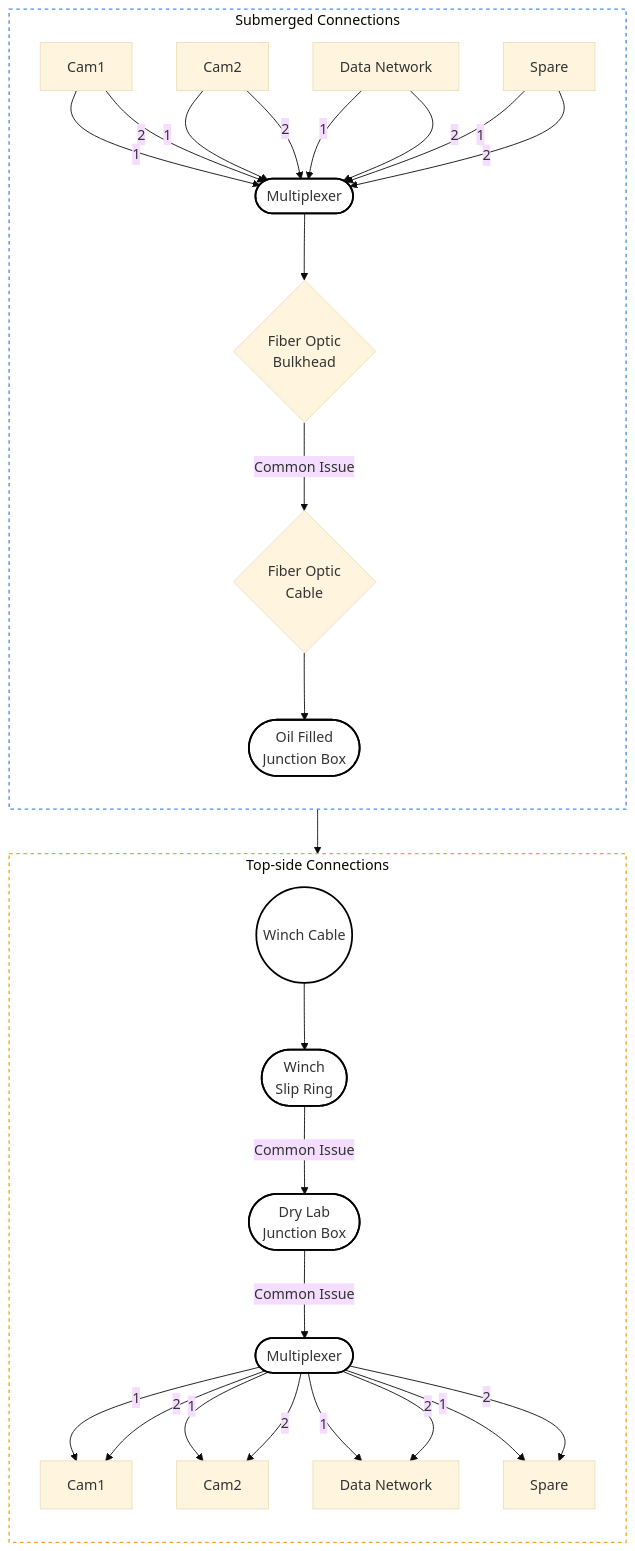
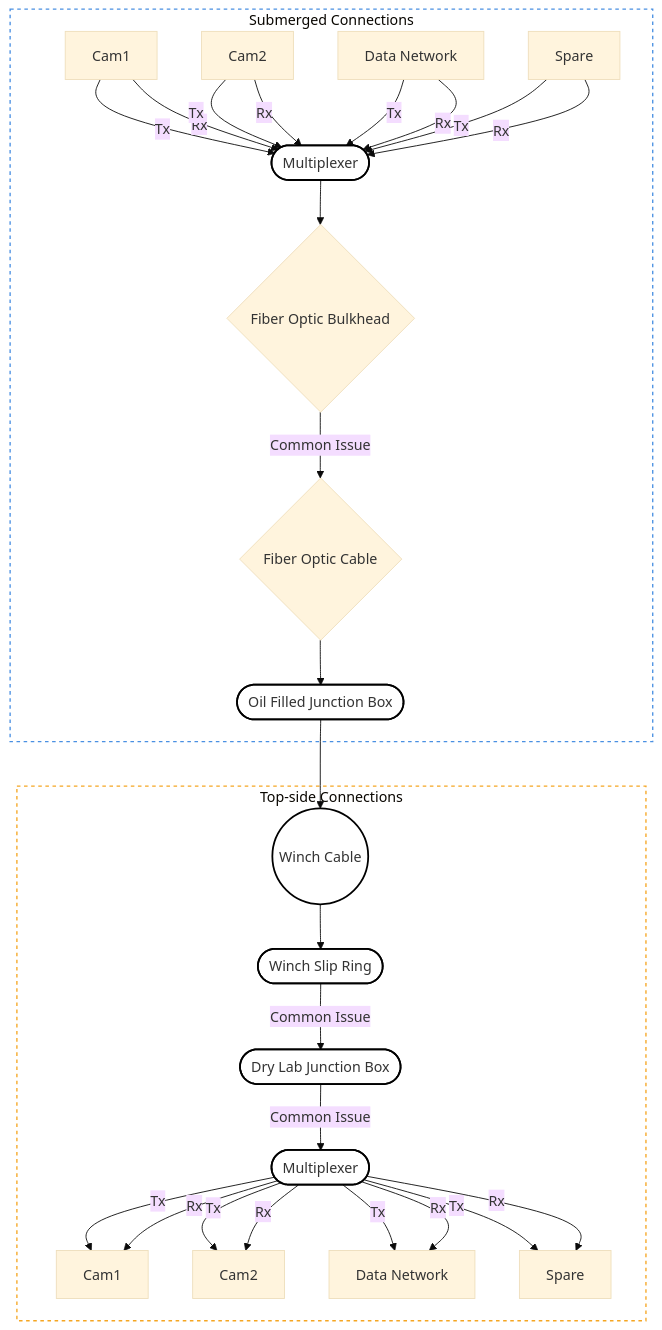
One commit to ncalabrese1/HabCam_SOP changed the diagram in Maitenance/06-troubleshooting.qmd. Above: the diagram before and after it, drawn with Mermaid (base theme). The commit also changed other lines of this file, not shown here.

````diff
--- a/Maitenance/06-troubleshooting.qmd
+++ b/Maitenance/06-troubleshooting.qmd
@@ -13,69 +13,65 @@
 ```{mermaid}
 graph TD
     subgraph Submerged["Submerged Connections"]
-        direction TD
-        
         Cam1_Sub["Cam1"]
         Cam2_Sub["Cam2"]
         Data_Sub["Data Network"]
         Spare_Sub["Spare"]
 
         Mux_Sub(["Multiplexer"])
 
-        Cam1_Sub -->|1| Mux_Sub
-        Cam1_Sub -->|2| Mux_Sub
-        Cam2_Sub -->|1| Mux_Sub
-        Cam2_Sub -->|2| Mux_Sub
-        Data_Sub -->|1| Mux_Sub
-        Data_Sub -->|2| Mux_Sub
-        Spare_Sub -->|1| Mux_Sub
-        Spare_Sub -->|2| Mux_Sub
+        Cam1_Sub -->|Tx| Mux_Sub
+        Cam1_Sub -->|Rx| Mux_Sub
+        Cam2_Sub -->|Tx| Mux_Sub
+        Cam2_Sub -->|Rx| Mux_Sub
+        Data_Sub -->|Tx| Mux_Sub
+        Data_Sub -->|Rx| Mux_Sub
+        Spare_Sub -->|Tx| Mux_Sub
+        Spare_Sub -->|Rx| Mux_Sub
 
-        Bulkhead{"Fiber Optic<br/>Bulkhead"}
-        FOCable{"Fiber Optic<br/>Cable"}
-        OFJBox(["Oil Filled<br/>Junction Box"])
+        Bulkhead{"Fiber Optic Bulkhead"}
+        FOCable{"Fiber Optic Cable"}
+        OFJBox(["Oil Filled Junction Box"])
 
         Mux_Sub --> Bulkhead
-        Bulkhead -- "Common Issue" --> FOCable
+        Bulkhead -->|Common Issue| FOCable
         FOCable --> OFJBox
     end
 
     WinchCable(("Winch Cable"))
     OFJBox --> WinchCable
 
     subgraph TopSide["Top-side Connections"]
-        direction TD
-        
-        SlipRing(["Winch<br/>Slip Ring"])
-        DryLabJBox(["Dry Lab<br/>Junction Box"])
+        SlipRing(["Winch Slip Ring"])
+        DryLabJBox(["Dry Lab Junction Box"])
         Mux_Top(["Multiplexer"])
 
         WinchCable --> SlipRing
-        SlipRing -- "Common Issue" --> DryLabJBox
-        DryLabJBox -- "Common Issue" --> Mux_Top
+        SlipRing -->|Common Issue| DryLabJBox
+        DryLabJBox -->|Common Issue| Mux_Top
 
         Cam1_Top["Cam1"]
         Cam2_Top["Cam2"]
         Data_Top["Data Network"]
         Spare_Top["Spare"]
 
-        Mux_Top -->|1| Cam1_Top
-        Mux_Top -->|2| Cam1_Top
-        Mux_Top -->|1| Cam2_Top
-        Mux_Top -->|2| Cam2_Top
-        Mux_Top -->|1| Data_Top
-        Mux_Top -->|2| Data_Top
-        Mux_Top -->|1| Spare_Top
-        Mux_Top -->|2| Spare_Top
+        Mux_Top -->|Tx| Cam1_Top
+        Mux_Top -->|Rx| Cam1_Top
+        Mux_Top -->|Tx| Cam2_Top
+        Mux_Top -->|Rx| Cam2_Top
+        Mux_Top -->|Tx| Data_Top
+        Mux_Top -->|Rx| Data_Top
+        Mux_Top -->|Tx| Spare_Top
+        Mux_Top -->|Rx| Spare_Top
     end
 
     %% Diagram Styling
     style Submerged fill:#ffffff,stroke:#4a90e2,stroke-width:1.5px,stroke-dasharray: 4 4
     style TopSide fill:#ffffff,stroke:#f5a623,stroke-width:1.5px,stroke-dasharray: 4 4
     style Mux_Sub fill:#ffffff,stroke:#000000,stroke-width:2px
     style Mux_Top fill:#ffffff,stroke:#000000,stroke-width:2px
     style OFJBox fill:#ffffff,stroke:#000000,stroke-width:2px
     style SlipRing fill:#ffffff,stroke:#000000,stroke-width:2px
     style DryLabJBox fill:#ffffff,stroke:#000000,stroke-width:2px
     style WinchCable fill:#ffffff,stroke:#000000,stroke-width:2px
 ```
````
